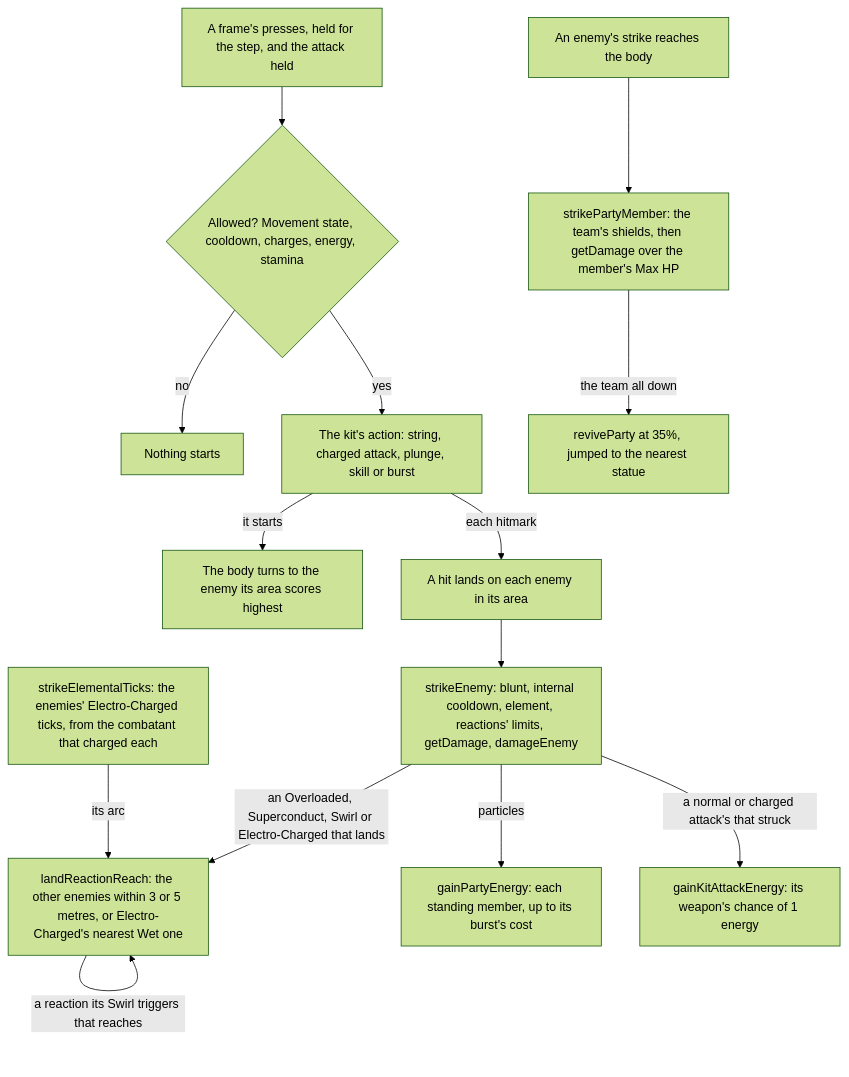
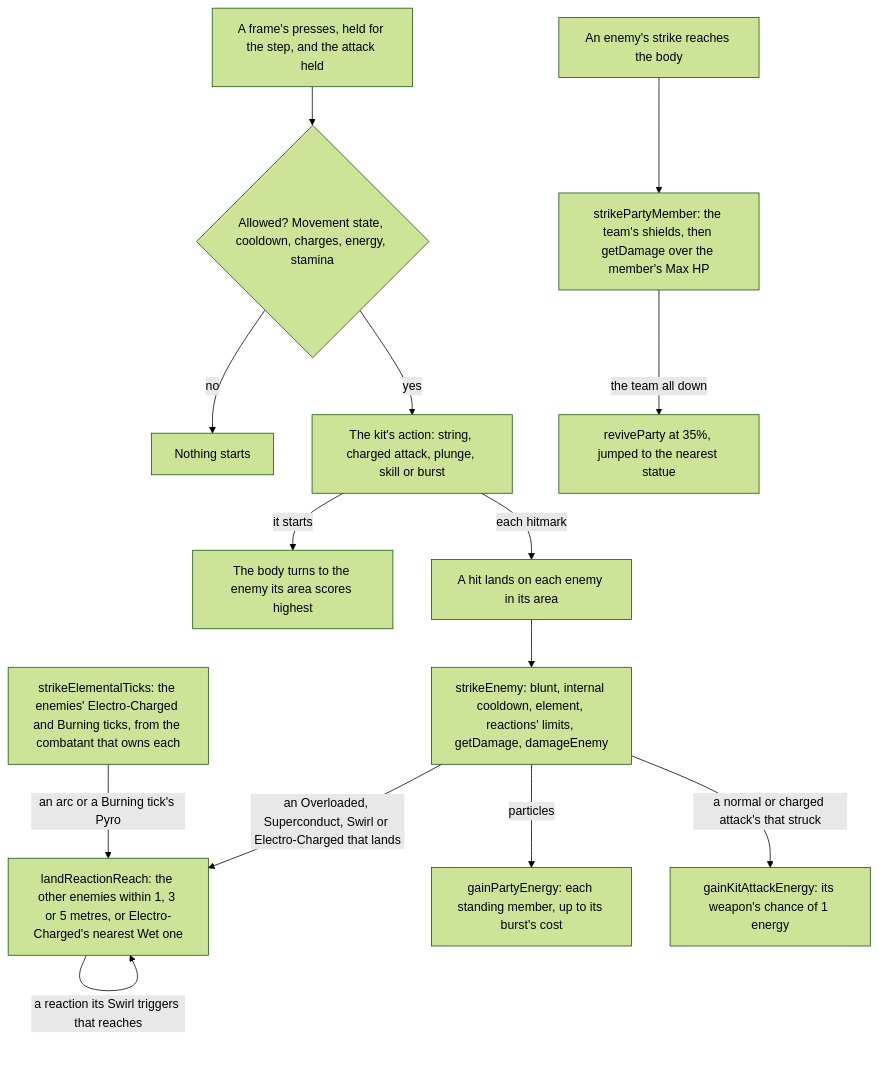
One commit to Esposter/Esposter changed the second of 2 diagrams in apps/web/content/docs/genshin/combat.md. Above: the diagram before and after it, drawn with Mermaid (forest theme). The commit also changed other lines of this file and 12 other files, not shown here.

First line of the commit message:
feat(genshin-world): an enemy's Burning ticks deal their damage from the combatant that last lit or fed it, and its Pyro reaches every enemy within a metre

````diff
--- a/apps/web/content/docs/genshin/combat.md
+++ b/apps/web/content/docs/genshin/combat.md
@@ -124,16 +126,16 @@
 ```mermaid
 flowchart TD
   PRESS["A frame's presses, held for the step, and the attack held"] --> GATE{"Allowed? Movement state, cooldown, charges, energy, stamina"}
   GATE -->|"no"| IDLE["Nothing starts"]
   GATE -->|"yes"| ACTION["The kit's action: string, charged attack, plunge, skill or burst"]
   ACTION -->|"it starts"| AIM["The body turns to the enemy its area scores highest"]
   ACTION -->|"each hitmark"| HIT["A hit lands on each enemy in its area"]
   HIT --> STRIKE["strikeEnemy: blunt, internal cooldown, element, reactions' limits, getDamage, damageEnemy"]
-  STRIKE -->|"an Overloaded, Superconduct, Swirl or Electro-Charged that lands"| REACH["landReactionReach: the other enemies within 3 or 5 metres, or Electro-Charged's nearest Wet one"]
+  STRIKE -->|"an Overloaded, Superconduct, Swirl or Electro-Charged that lands"| REACH["landReactionReach: the other enemies within 1, 3 or 5 metres, or Electro-Charged's nearest Wet one"]
   REACH -->|"a reaction its Swirl triggers that reaches"| REACH
-  TICKS["strikeElementalTicks: the enemies' Electro-Charged ticks, from the combatant that charged each"] -->|"its arc"| REACH
+  TICKS["strikeElementalTicks: the enemies' Electro-Charged and Burning ticks, from the combatant that owns each"] -->|"an arc or a Burning tick's Pyro"| REACH
   STRIKE -->|"particles"| ENERGY["gainPartyEnergy: each standing member, up to its burst's cost"]
   STRIKE -->|"a normal or charged attack's that struck"| ATTACK_ENERGY["gainKitAttackEnergy: its weapon's chance of 1 energy"]
   ENEMY["An enemy's strike reaches the body"] --> HURT["strikePartyMember: the team's shields, then getDamage over the member's Max HP"]
   HURT -->|"the team all down"| RESPAWN["reviveParty at 35%, jumped to the nearest statue"]
 ```
````
